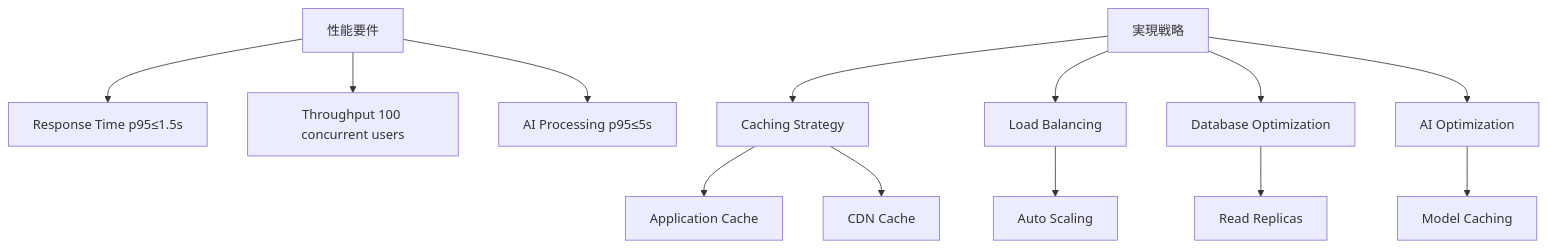
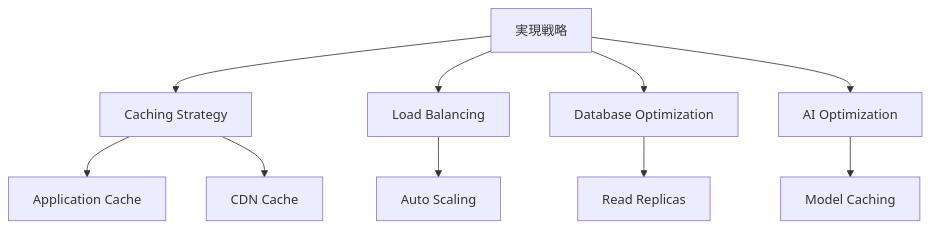
Diagram 22 of 23 in docs/030000_設計/033000_アーキテクチャ/033010_全体構成.md (daichiTAAA/AgentOpsPlatform), drawn with Mermaid before and after one commit. The commit also changed other lines of this file, not shown here.

````diff
--- a/docs/030000_設計/033000_アーキテクチャ/033010_全体構成.md
+++ b/docs/030000_設計/033000_アーキテクチャ/033010_全体構成.md
@@ -717,17 +752,13 @@
 ```mermaid
 graph TD
-    A[性能要件] --> B[Response Time p95≤1.5s]
-    A --> C[Throughput 100 concurrent users]
-    A --> D[AI Processing p95≤5s]
-    
     E[実現戦略] --> F[Caching Strategy]
     E --> G[Load Balancing]
     E --> H[Database Optimization]
     E --> I[AI Optimization]
     
     F --> F1[Application Cache]
     F --> F2[CDN Cache]
     G --> G1[Auto Scaling]
     H --> H1[Read Replicas]
     I --> I1[Model Caching]
 ```
````
